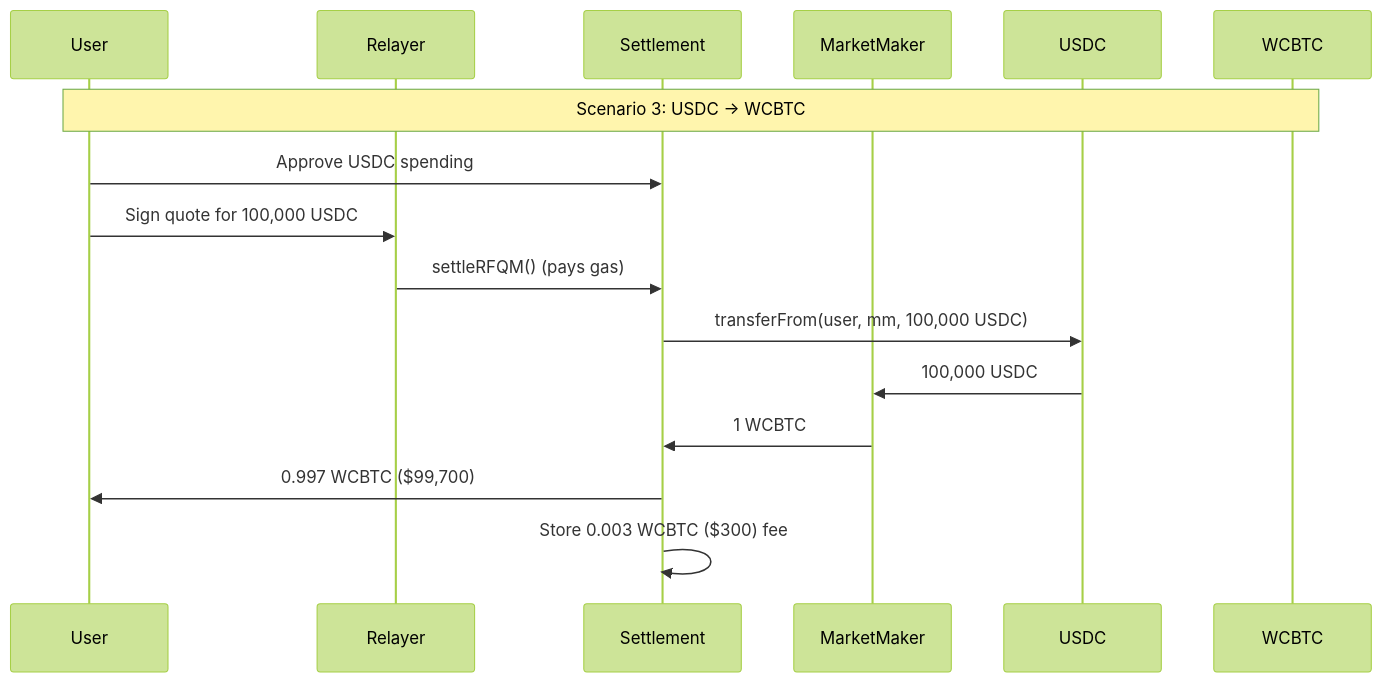
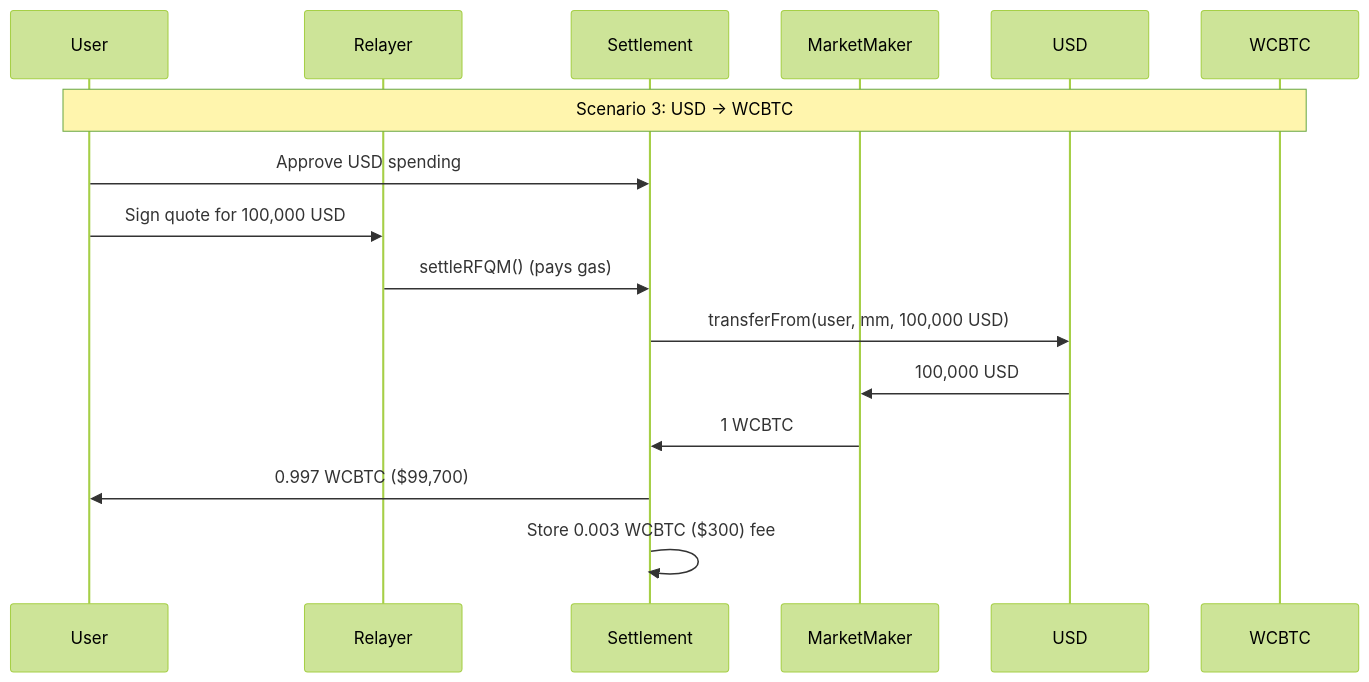
One commit to crest-bitcoin/docs changed the fourth of 4 diagrams in trading/rfqm.mdx. Above: the diagram before and after it, drawn with Mermaid (forest theme). The commit also changed other lines of this file and 6 other files, not shown here.

````diff
--- a/trading/rfqm.mdx
+++ b/trading/rfqm.mdx
@@ -124,19 +124,19 @@
 ```mermaid
 sequenceDiagram
     participant User
     participant Relayer
     participant Settlement
     participant MarketMaker
-    participant USDC
+    participant USD
     participant WCBTC
 
-    Note over User,WCBTC: Scenario 3: USDC → WCBTC
-    User->>Settlement: Approve USDC spending
-    User->>Relayer: Sign quote for 100,000 USDC
+    Note over User,WCBTC: Scenario 3: USD → WCBTC
+    User->>Settlement: Approve USD spending
+    User->>Relayer: Sign quote for 100,000 USD
     Relayer->>Settlement: settleRFQM() (pays gas)
-    Settlement->>USDC: transferFrom(user, mm, 100,000 USDC)
-    USDC->>MarketMaker: 100,000 USDC
+    Settlement->>USD: transferFrom(user, mm, 100,000 USD)
+    USD->>MarketMaker: 100,000 USD
     MarketMaker->>Settlement: 1 WCBTC
     Settlement->>User: 0.997 WCBTC ($99,700)
     Settlement->>Settlement: Store 0.003 WCBTC ($300) fee
 ```
````
